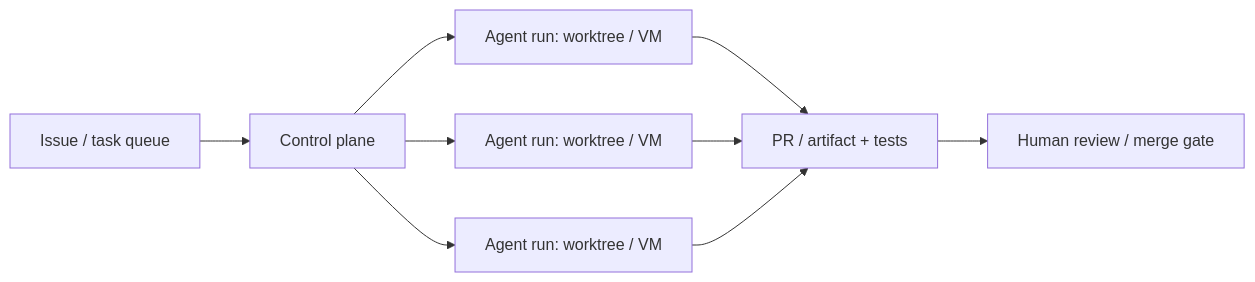
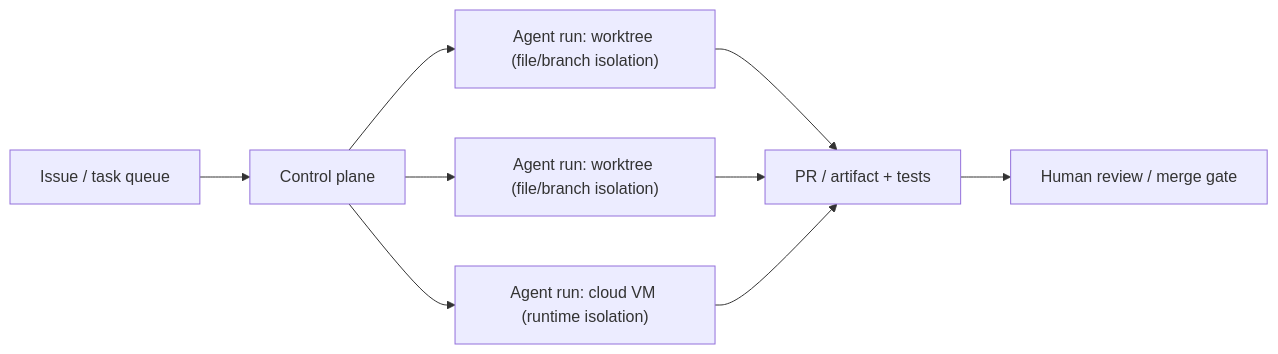
Before and after one commit to BobYeger/state-of-agents: the first of 6 diagrams in reports/Multi Agent Report.md, drawn with Mermaid. The commit also changed other lines of this file and 10 other files, not shown here.

````diff
--- a/reports/Multi Agent Report.md
+++ b/reports/Multi Agent Report.md
@@ -150,11 +187,11 @@
 ```mermaid
 flowchart LR
     Q["Issue / task queue"] --> O["Control plane"]
-    O --> W1["Agent run: worktree / VM"]
-    O --> W2["Agent run: worktree / VM"]
-    O --> W3["Agent run: worktree / VM"]
+    O --> W1["Agent run: worktree (file/branch isolation)"]
+    O --> W2["Agent run: worktree (file/branch isolation)"]
+    O --> W3["Agent run: cloud VM (runtime isolation)"]
     W1 --> P["PR / artifact + tests"]
     W2 --> P
     W3 --> P
     P --> H["Human review / merge gate"]
 ```
````
